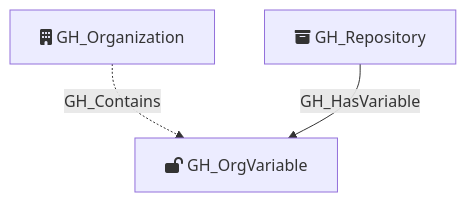
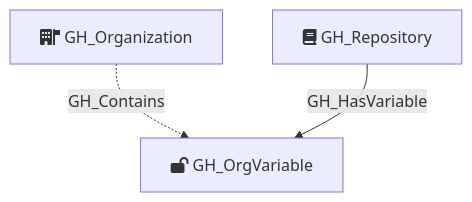
The diagram in Documentation/NodeDescriptions/GH_OrgVariable.md (SpecterOps/GitHound), drawn with Mermaid before and after one commit. The commit also changed 21 other files, not shown here.

First line of the commit message:
Update mermaid diagram icons to match GitHub's own iconography

````diff
--- a/Documentation/NodeDescriptions/GH_OrgVariable.md
+++ b/Documentation/NodeDescriptions/GH_OrgVariable.md
@@ -23,10 +23,10 @@
 ```mermaid
 flowchart TD
     GH_OrgVariable[fa:fa-lock-open GH_OrgVariable]
-    GH_Organization[fa:fa-building GH_Organization]
-    GH_Repository[fa:fa-box-archive GH_Repository]
+    GH_Organization[fa:fa-building-flag GH_Organization]
+    GH_Repository[fa:fa-book GH_Repository]
 
 
     GH_Organization -.->|GH_Contains| GH_OrgVariable
     GH_Repository -->|GH_HasVariable| GH_OrgVariable
 ```
````
